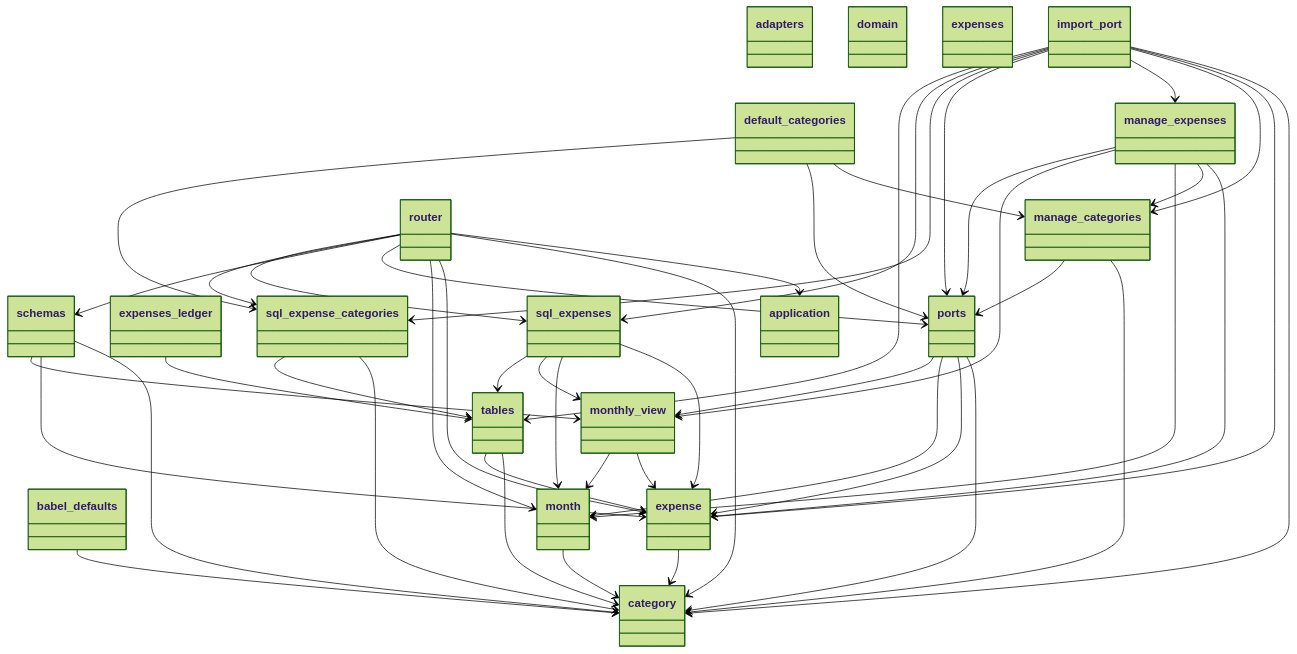
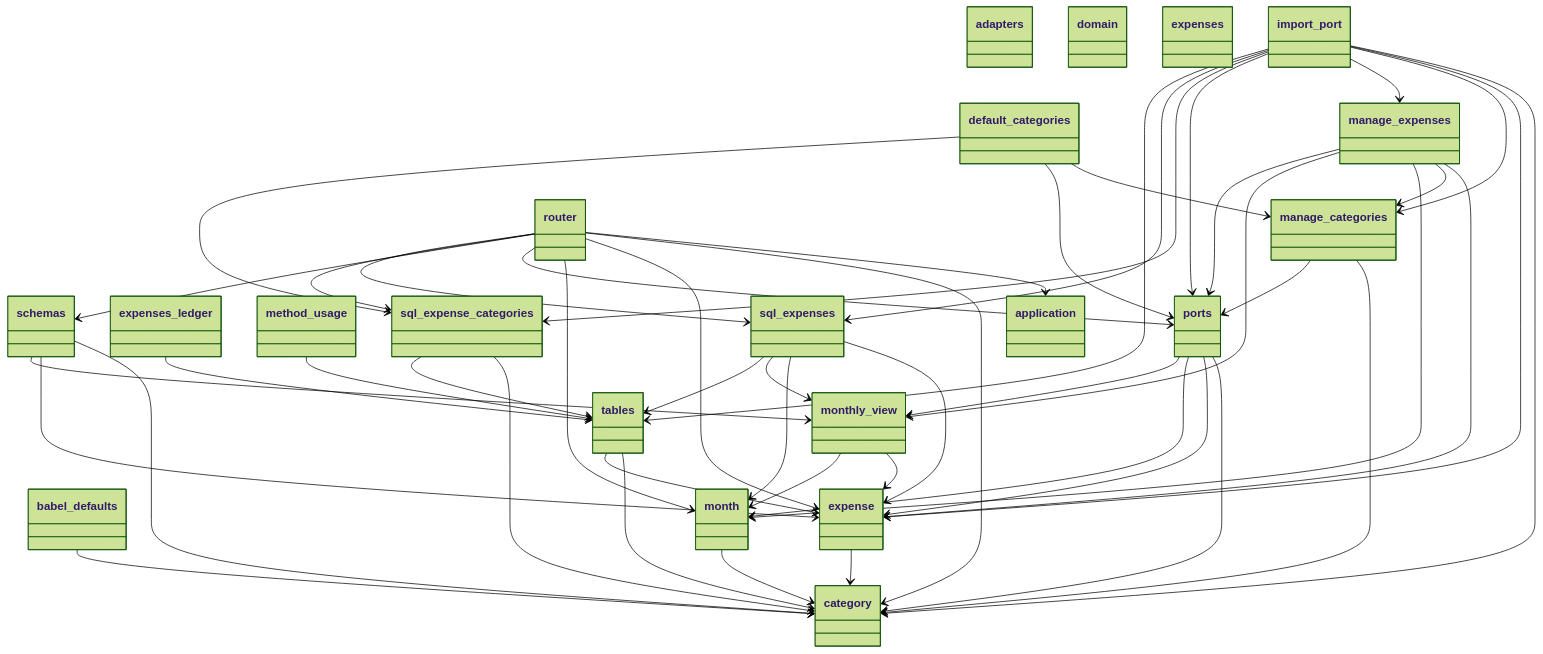
Before and after one commit to GonzaloZevallos/apostrophe: the first of 4 diagrams in docs/architecture/generated/classes/expenses.md, drawn with Mermaid (forest theme). The commit also changed other lines of this file and 2 other files, not shown here.

Commit message:
chore(docs): regenerate [skip ci]

```diff
--- a/docs/architecture/generated/classes/expenses.md
+++ b/docs/architecture/generated/classes/expenses.md
@@ -29,6 +29,8 @@
   class manage_categories {
   }
   class manage_expenses {
+  }
+  class method_usage {
   }
   class month {
   }
@@ -67,6 +69,7 @@
   manage_expenses --> month
   manage_expenses --> monthly_view
   manage_expenses --> ports
+  method_usage --> tables
   month --> category
   monthly_view --> expense
   monthly_view --> month
```
